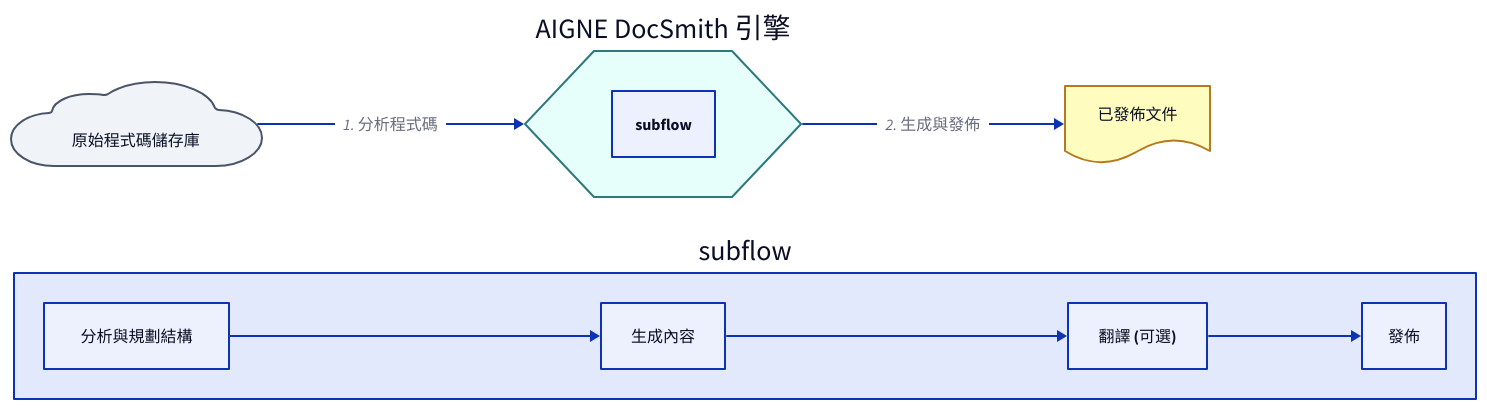
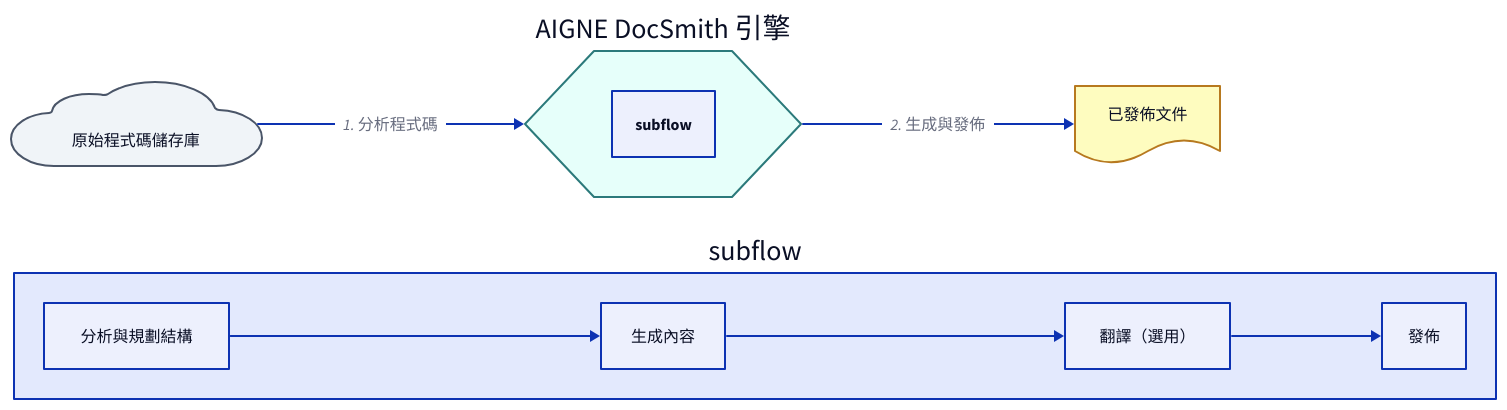
The diagram in docs/overview.zh-TW.md (AIGNE-io/aigne-doc-smith), drawn with D2 before and after one commit. The commit also changed other lines of this file and 69 other files, not shown here.

````diff
--- a/docs/overview.zh-TW.md
+++ b/docs/overview.zh-TW.md
@@ -7,49 +7,49 @@
 ```d2
 direction: right
 style: {
   font-size: 14
 }
 
-# Actors
+# 參與者
 source_code: "原始程式碼儲存庫" {
   shape: cloud
   style: {
     fill: "#F0F4F8"
     stroke: "#4A5568"
   }
 }
 
 docsmith: "AIGNE DocSmith 引擎" {
   shape: hexagon
   style: {
     fill: "#E6FFFA"
     stroke: "#2C7A7B"
   }
 }
 
 published_docs: "已發佈文件" {
   shape: document
   style: {
     fill: "#FEFCBF"
     stroke: "#B7791F"
   }
 }
 
-# Main Flow
+# 主要流程
 source_code -> docsmith: "1. 分析程式碼"
 docsmith -> published_docs: "2. 生成與發佈"
 
-# DocSmith Internal Process
+# DocSmith 內部流程
 subflow: {
   direction: down
   
   analyze: "分析與規劃結構"
   generate: "生成內容"
-  translate: "翻譯 (可選)"
+  translate: "翻譯（選用）"
   publish: "發佈"
   
   analyze -> generate -> translate -> publish
 }
 
 docsmith.subflow: subflow
 ```
````
